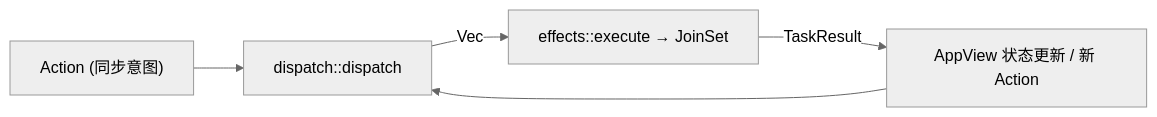
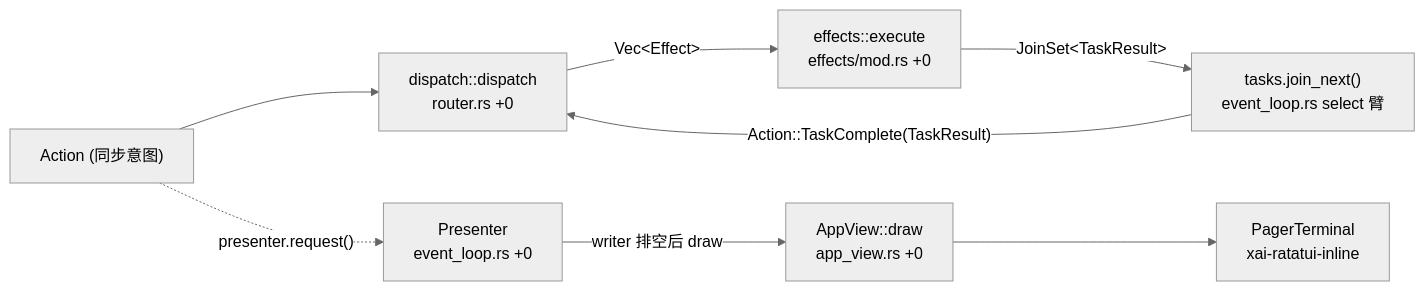
The diagram in docs/adrian/sourceReader/08-TUI交互循环与渲染.md (adrian9778/grok-build), drawn with Mermaid (neutral theme) before and after one commit. The commit also changed other lines of this file and 18 other files, not shown here.

````diff
--- a/docs/adrian/sourceReader/08-TUI交互循环与渲染.md
+++ b/docs/adrian/sourceReader/08-TUI交互循环与渲染.md
@@ -67,7 +75,10 @@
 ```mermaid
 flowchart LR
-    A["Action (同步意图)"] --> D["dispatch::dispatch"]
-    D -->|Vec<Effect>| E["effects::execute → JoinSet<TaskResult>"]
-    E -->|TaskResult| A2["AppView 状态更新 / 新 Action"]
-    A2 --> D
+    A["Action (同步意图)"] --> D["dispatch::dispatch<br/>router.rs +0"]
+    D -->|"Vec&lt;Effect&gt;"| E["effects::execute<br/>effects/mod.rs +0"]
+    E -->|"JoinSet&lt;TaskResult&gt;"| F["tasks.join_next()<br/>event_loop.rs select 臂"]
+    F -->|"Action::TaskComplete(TaskResult)"| D
+    A -.->|"presenter.request()"| P["Presenter<br/>event_loop.rs +0"]
+    P -->|"writer 排空后 draw"| R["AppView::draw<br/>app_view.rs +0"]
+    R --> T["PagerTerminal<br/>xai-ratatui-inline"]
 ```
````
